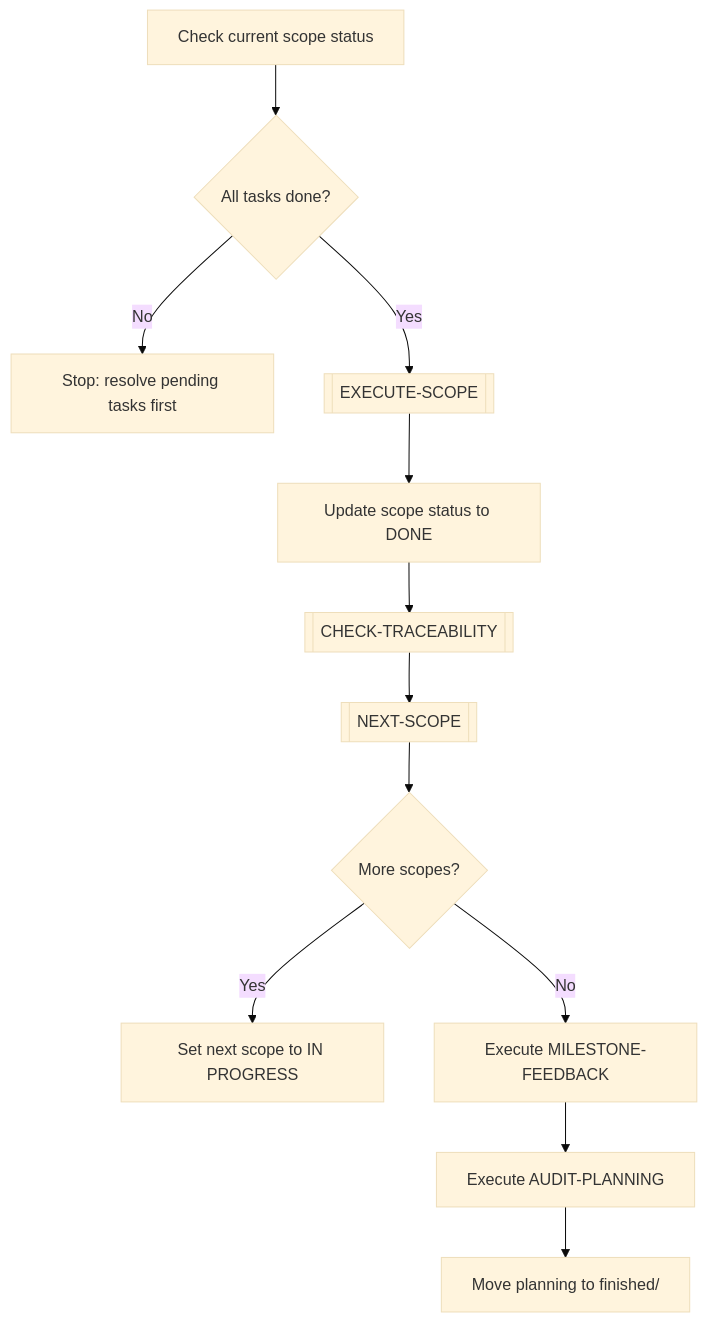
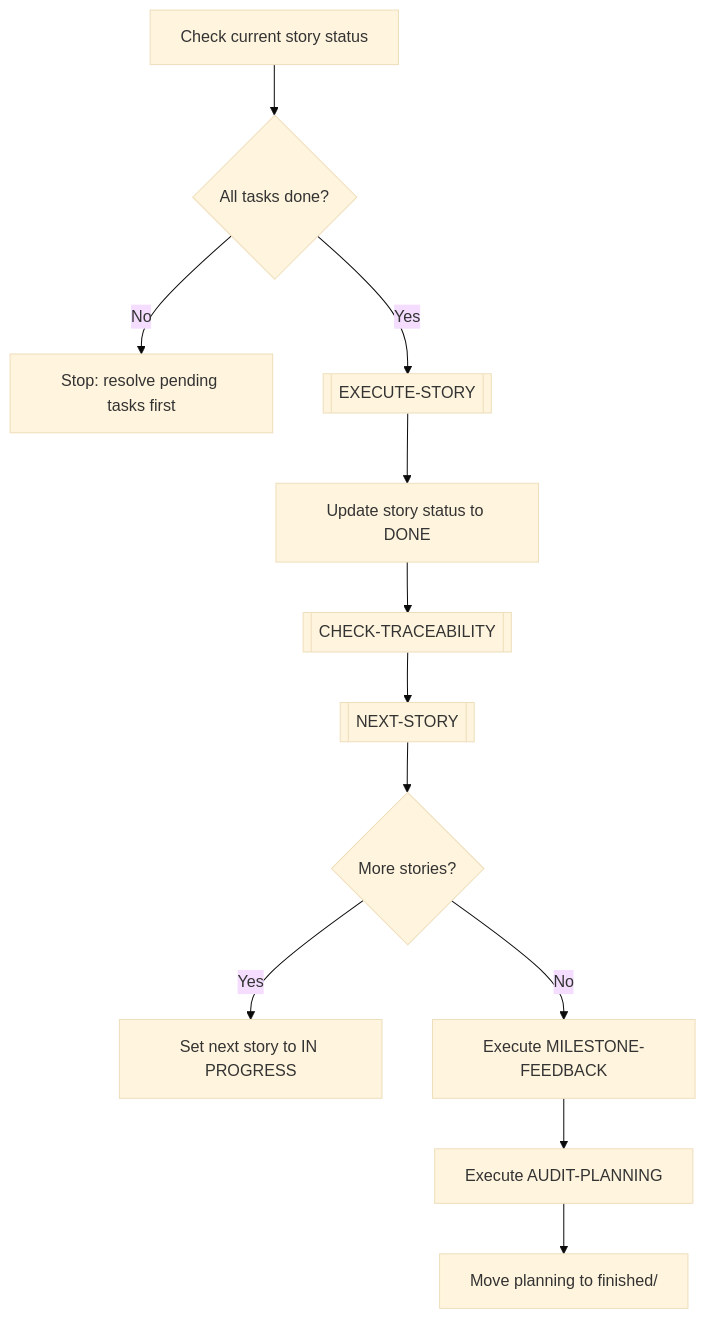
Before and after one commit to cmartinezs/claude-planning-with-ai: the diagram in planning-template/WORKFLOWS/01-PLANNING-WORKFLOWS/ADVANCE-PLANNING.md, drawn with Mermaid (base theme). The commit also changed other lines of this file and 73 other files, not shown here.

````diff
--- a/planning-template/WORKFLOWS/01-PLANNING-WORKFLOWS/ADVANCE-PLANNING.md
+++ b/planning-template/WORKFLOWS/01-PLANNING-WORKFLOWS/ADVANCE-PLANNING.md
@@ -9,14 +9,14 @@
 ```mermaid
 flowchart TD
-    A[Check current scope status] --> B{All tasks done?}
+    A[Check current story status] --> B{All tasks done?}
     B -- No --> Z[Stop: resolve pending tasks first]
-    B -- Yes --> C[[EXECUTE-SCOPE]]
-    C --> D[Update scope status to DONE]
+    B -- Yes --> C[[EXECUTE-STORY]]
+    C --> D[Update story status to DONE]
     D --> E[[CHECK-TRACEABILITY]]
-    E --> F[[NEXT-SCOPE]]
-    F --> G{More scopes?}
-    G -- Yes --> H[Set next scope to IN PROGRESS]
+    E --> F[[NEXT-STORY]]
+    F --> G{More stories?}
+    G -- Yes --> H[Set next story to IN PROGRESS]
     G -- No --> I[Execute MILESTONE-FEEDBACK]
     I --> J[Execute AUDIT-PLANNING]
     J --> K[Move planning to finished/]
 ```
````
